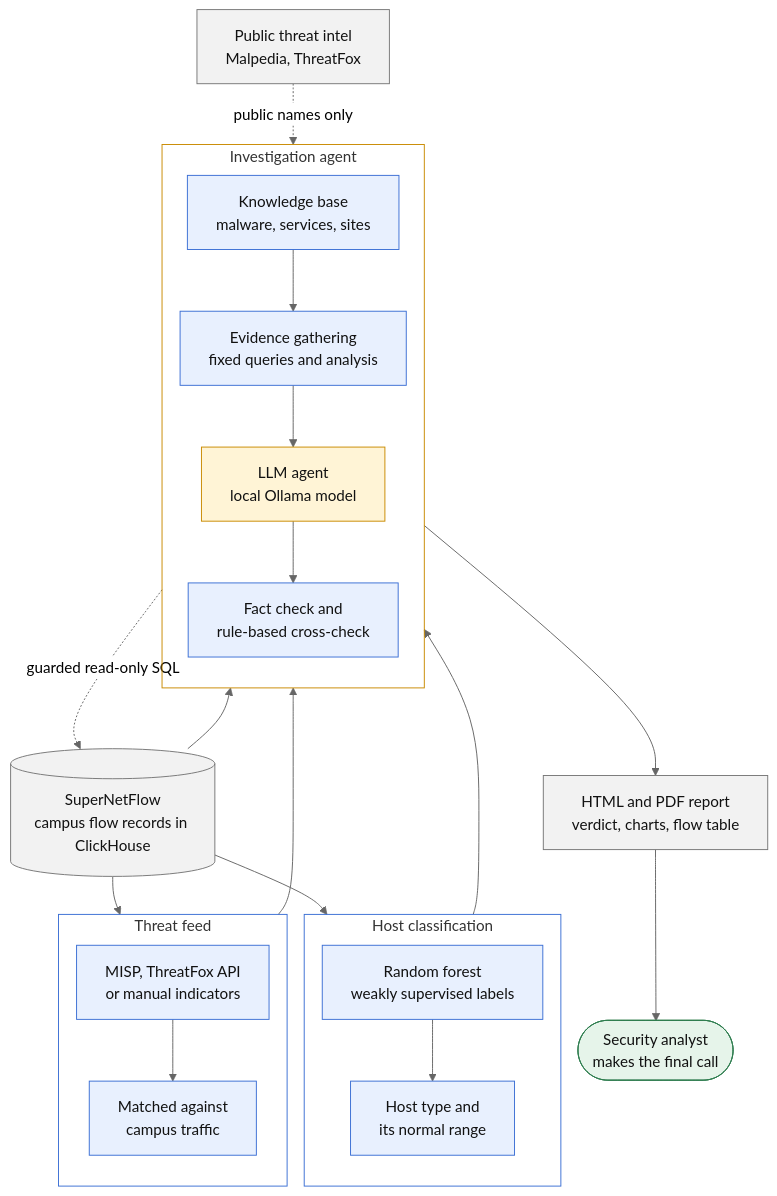
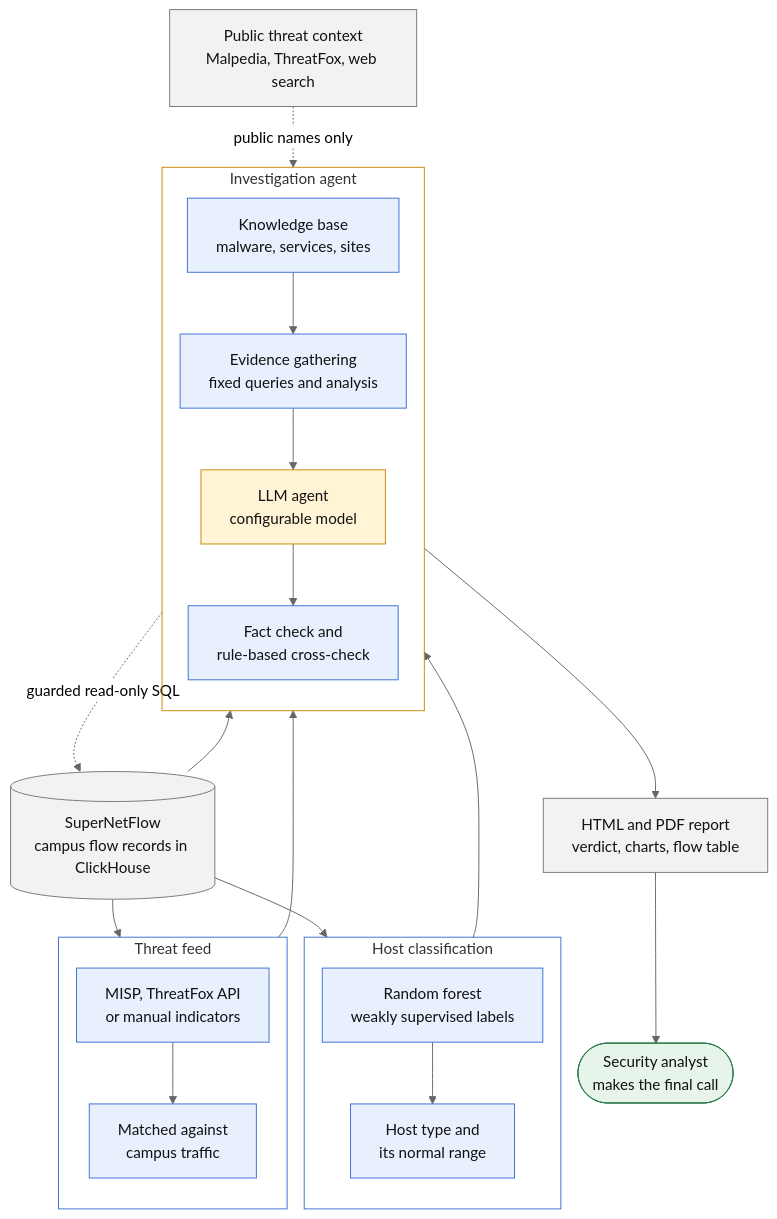
The second of 2 diagrams in README.md (Benji-code/automated-ioc-investigator), drawn with Mermaid (neutral theme) before and after one commit. The commit also changed other lines of this file and 2 other files, not shown here.

````diff
--- a/README.md
+++ b/README.md
@@ -117,46 +127,46 @@
 ```mermaid
 %%{init: {"flowchart": {"nodeSpacing": 18, "rankSpacing": 40}}}%%
 flowchart TB
     db[("SuperNetFlow<br/>campus flow records in ClickHouse")]
 
     subgraph hc["Host classification"]
         direction TB
         rf["Random forest<br/>weakly supervised labels"] --> prof["Host type and<br/>its normal range"]
     end
 
     subgraph feed["Threat feed"]
         direction TB
         tf["MISP, ThreatFox API<br/>or manual indicators"] --> match["Matched against<br/>campus traffic"]
     end
 
-    pub["Public threat intel<br/>Malpedia, ThreatFox"]
+    pub["Public threat context<br/>Malpedia, ThreatFox, web search"]
 
     subgraph core["Investigation agent"]
         direction TB
         kb["Knowledge base<br/>malware, services, sites"] --> ev["Evidence gathering<br/>fixed queries and analysis"]
-        ev --> llm["LLM agent<br/>local Ollama model"]
+        ev --> llm["LLM agent<br/>configurable model"]
         llm --> fc["Fact check and<br/>rule-based cross-check"]
     end
 
     db --> hc
     db --> feed
     db --> ev
     llm -. "guarded read-only SQL" .-> db
     prof --> ev
     match --> ev
     pub -. "public names only" .-> ev
     fc --> rep["HTML and PDF report<br/>verdict, charts, flow table"]
     rep --> analyst(["Security analyst<br/>makes the final call"])
 
     classDef code fill:#e8f0fe,stroke:#3b6fd4,color:#111
     classDef model fill:#fff4d6,stroke:#c98a00,color:#111
     classDef data fill:#f2f2f2,stroke:#777,color:#111
     classDef good fill:#e6f4ea,stroke:#2e7d4f,color:#111
     class rf,prof,kb,ev,fc,tf,match code
     class llm model
     class db,rep,pub data
     class analyst good
     style hc fill:none,stroke:#3b6fd4
     style feed fill:none,stroke:#3b6fd4
     style core fill:none,stroke:#c98a00
 ```
````
